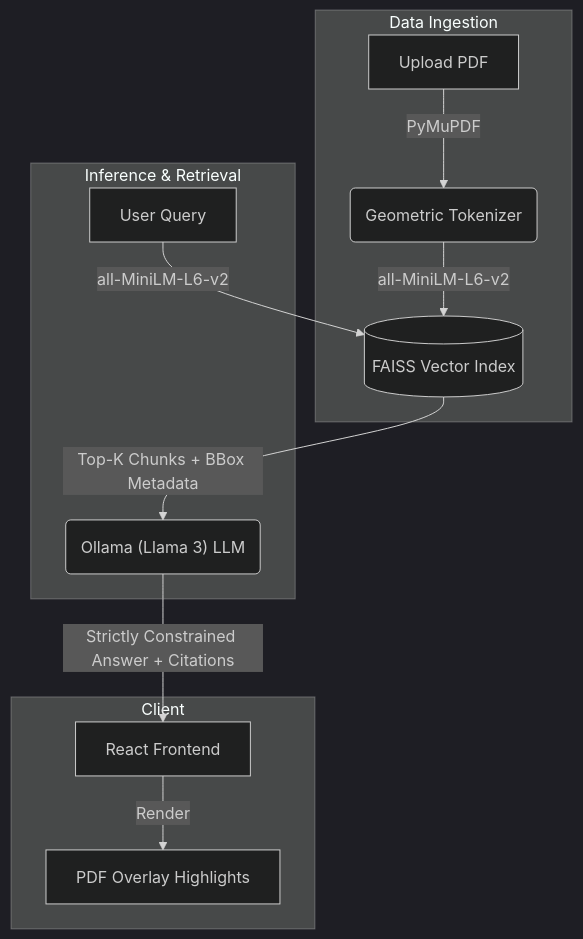
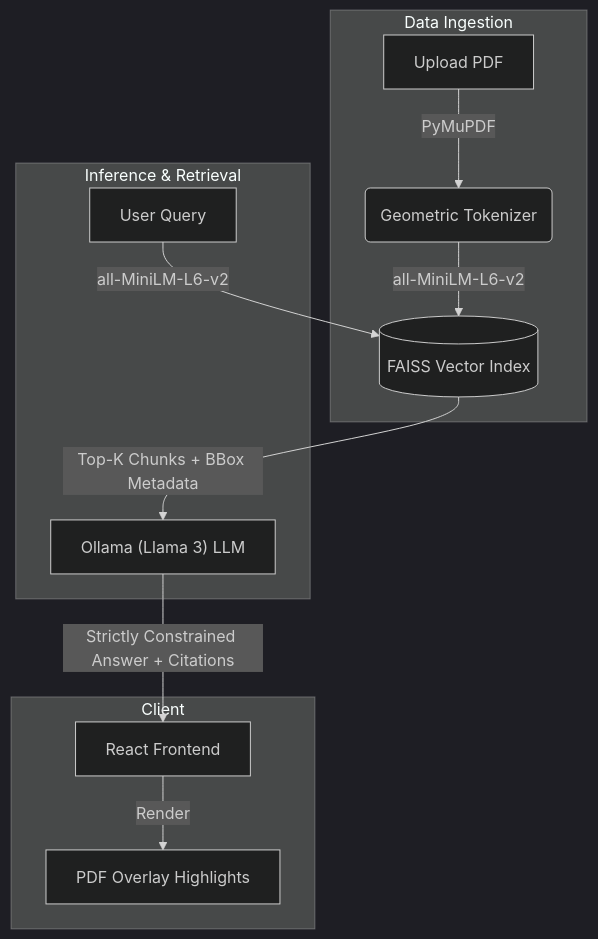
Before and after one commit to varunrana04/PDF_QA_with_Highlighted_Sources: the first of 3 diagrams in README.md, drawn with Mermaid (dark theme).

Commit message:
Fix: Remove quotes from Mermaid diagram node to resolve GitHub render error

````diff
--- a/README.md
+++ b/README.md
@@ -20,17 +20,17 @@
 ```mermaid
 graph TD
     subgraph Data Ingestion
         A[Upload PDF] -->|PyMuPDF| B(Geometric Tokenizer)
         B -->|all-MiniLM-L6-v2| C[(FAISS Vector Index)]
     end
     
     subgraph Inference & Retrieval
         D[User Query] -->|all-MiniLM-L6-v2| C
-        C -->|Top-K Chunks + BBox Metadata| E("Ollama (Llama 3) LLM")
+        C -->|Top-K Chunks + BBox Metadata| E["Ollama (Llama 3) LLM"]
     end
     
     subgraph Client
         E -->|Strictly Constrained Answer + Citations| F[React Frontend]
         F -->|Render| G[PDF Overlay Highlights]
     end
 ```
````
